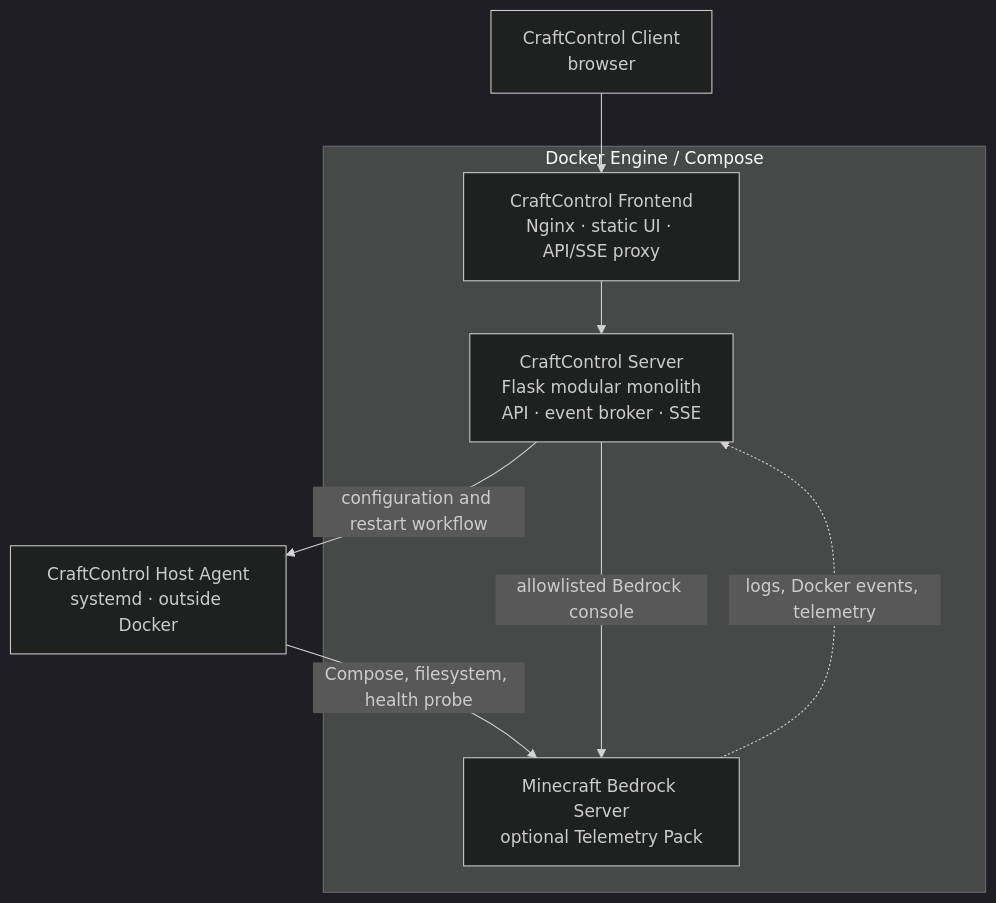
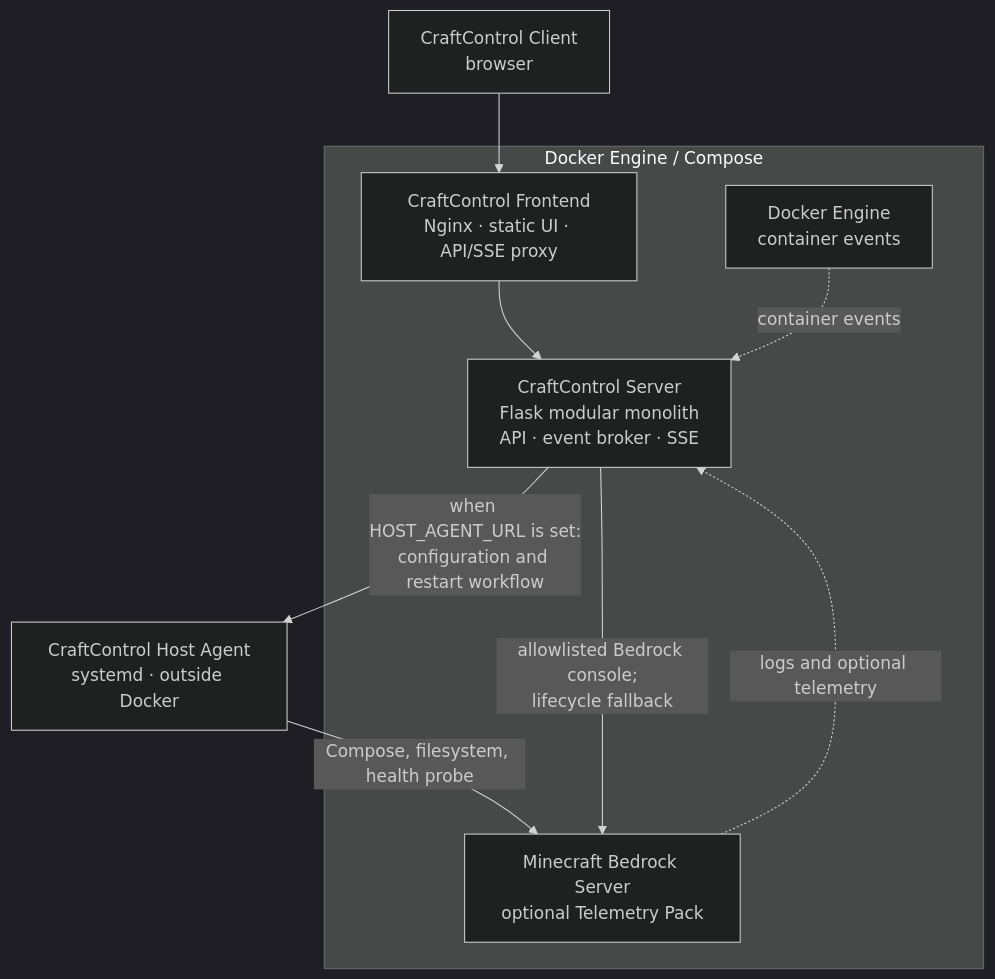
One commit to dgaramos/craftcontrol changed the first of 5 diagrams in README.md. Above: the diagram before and after it, drawn with Mermaid (dark theme). The commit also changed 1 other file, not shown here.

Commit message:
fix(docs): clarify runtime topology

````diff
--- a/README.md
+++ b/README.md
@@ -59,19 +59,21 @@
 ```mermaid
 flowchart TD
     client["CraftControl Client<br/>browser"]
 
     subgraph docker["Docker Engine / Compose"]
         frontend["CraftControl Frontend<br/>Nginx · static UI · API/SSE proxy"]
         server["CraftControl Server<br/>Flask modular monolith<br/>API · event broker · SSE"]
         bedrock["Minecraft Bedrock Server<br/>optional Telemetry Pack"]
+        daemon["Docker Engine<br/>container events"]
         frontend --> server
     end
 
     agent["CraftControl Host Agent<br/>systemd · outside Docker"]
 
     client --> frontend
-    server -->|"configuration and restart workflow"| agent
+    server -->|"when HOST_AGENT_URL is set:<br/>configuration and restart workflow"| agent
     agent -->|"Compose, filesystem, health probe"| bedrock
-    server -->|"allowlisted Bedrock console"| bedrock
-    bedrock -. "logs, Docker events, telemetry" .-> server
+    server -->|"allowlisted Bedrock console;<br/>lifecycle fallback"| bedrock
+    bedrock -. "logs and optional telemetry" .-> server
+    daemon -. "container events" .-> server
 ```
````
